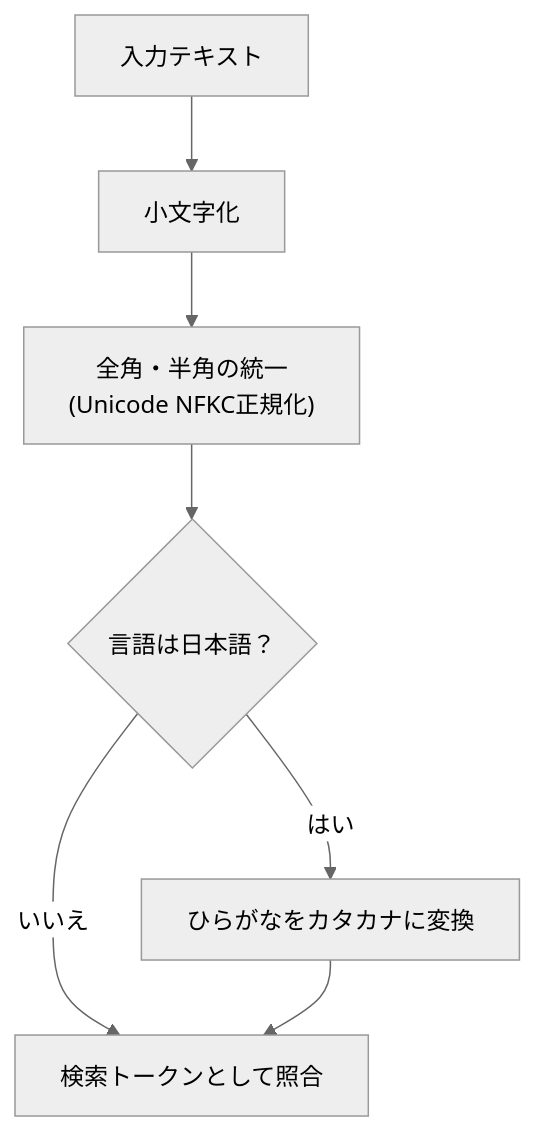
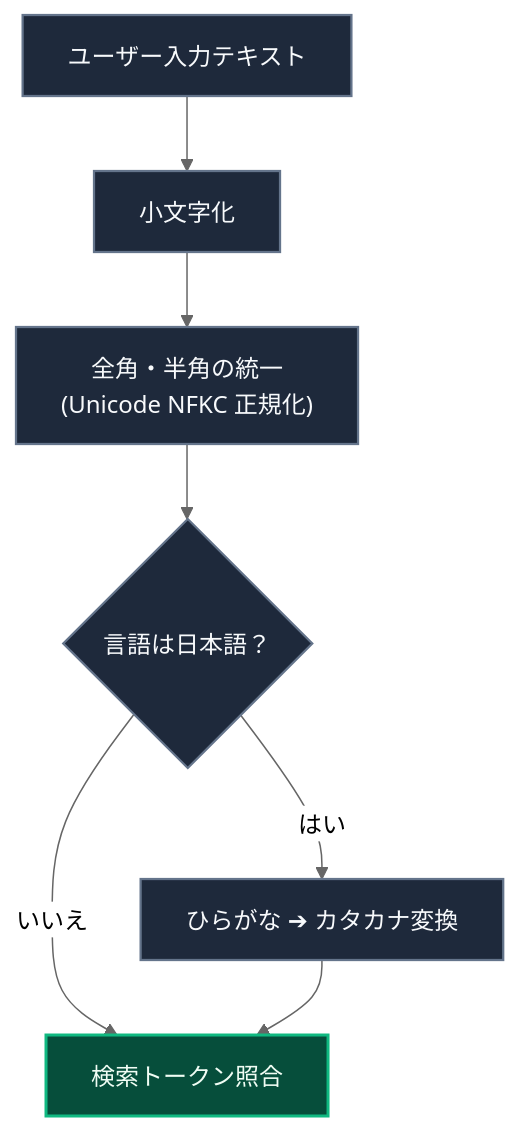
Before and after one commit to ScriptureHabit/scripture-habit: the first of 2 diagrams in docs/ja/incremental-book-suggestions.md, drawn with Mermaid (neutral theme). The commit also changed other lines of this file and 57 other files, not shown here.

Commit message:
docs: refine documentation prose and add structured diagram breakdowns across JA and EN

````diff
--- a/docs/ja/incremental-book-suggestions.md
+++ b/docs/ja/incremental-book-suggestions.md
@@ -11,9 +11,12 @@
 ```mermaid
 flowchart TD
-    Input["入力テキスト"] --> Lower["小文字化"]
-    Lower --> NFKC["全角・半角の統一<br/>(Unicode NFKC正規化)"]
-    NFKC --> IsJa{"言語は日本語？"}
-    IsJa -- "はい" --> HiraToKata["ひらがなをカタカナに変換"]
-    IsJa -- "いいえ" --> Search["検索トークンとして照合"]
+    classDef step fill:#1e293b,stroke:#64748b,stroke-width:1.5px,color:#f8fafc;
+    classDef done fill:#064e3b,stroke:#10b981,stroke-width:2px,color:#f0fdf4;
+
+    Input["ユーザー入力テキスト"]:::step --> Lower["小文字化"]:::step
+    Lower --> NFKC["全角・半角の統一<br/>(Unicode NFKC 正規化)"]:::step
+    NFKC --> IsJa{"言語は日本語？"}:::step
+    IsJa -- "はい" --> HiraToKata["ひらがな ➔ カタカナ変換"]:::step
+    IsJa -- "いいえ" --> Search["検索トークン照合"]:::done
     HiraToKata --> Search
 ```
````
